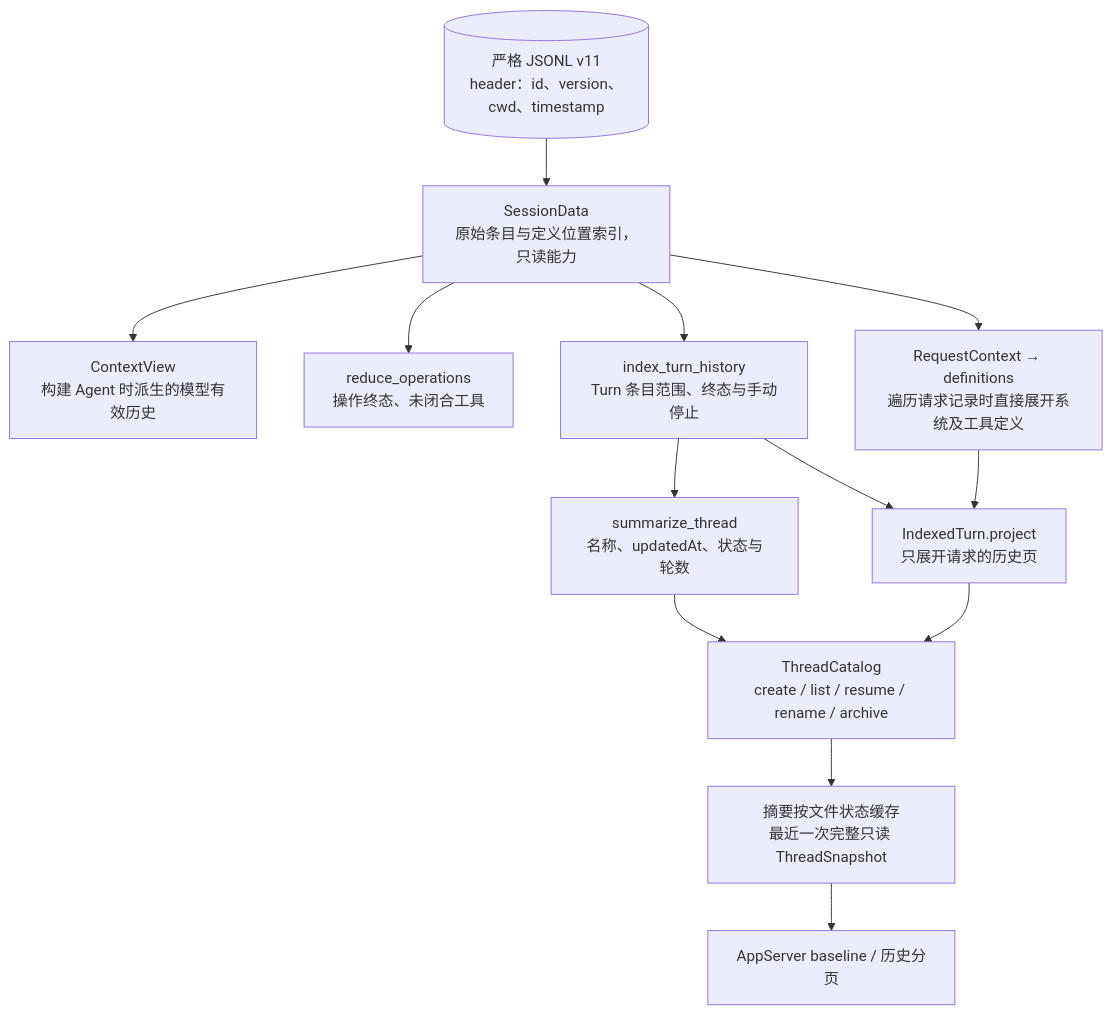
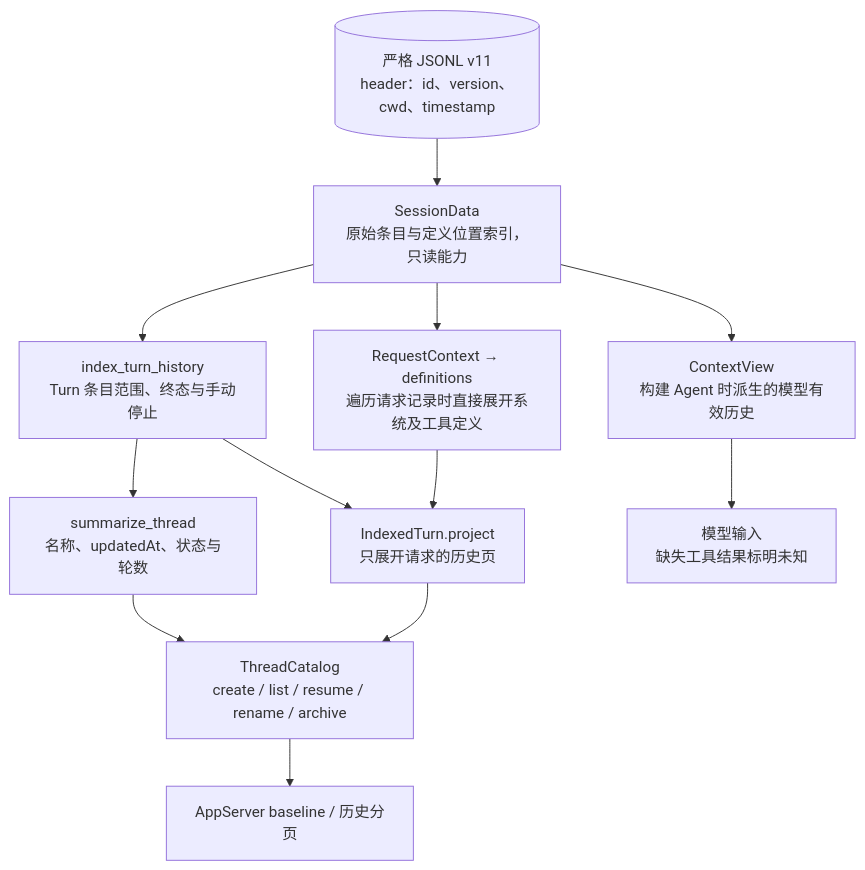
Diagram 27 of 29 in docs/architecture.md (qjcnmd/singularity-agent), drawn with Mermaid before and after one commit. The commit also changed other lines of this file and 132 other files, not shown here.

````diff
--- a/docs/architecture.md
+++ b/docs/architecture.md
@@ -759,16 +761,15 @@
 ```mermaid
 flowchart TB
     JSONL[("严格 JSONL v11<br/>header：id、version、cwd、timestamp")]
     JSONL --> Data["SessionData<br/>原始条目与定义位置索引，只读能力"]
     Data --> Context["ContextView<br/>构建 Agent 时派生的模型有效历史"]
-    Data --> Operations["reduce_operations<br/>操作终态、未闭合工具"]
     Data --> Turns["index_turn_history<br/>Turn 条目范围、终态与手动停止"]
     Turns --> Summary["summarize_thread<br/>名称、updatedAt、状态与轮数"]
     Turns --> Page["IndexedTurn.project<br/>只展开请求的历史页"]
     Data --> Requests["RequestContext → definitions<br/>遍历请求记录时直接展开系统及工具定义"]
     Summary --> Catalog["ThreadCatalog<br/>create / list / resume / rename / archive"]
     Page --> Catalog
     Requests --> Page
-    Catalog --> Cache["摘要按文件状态缓存<br/>最近一次完整只读 ThreadSnapshot"]
-    Cache --> WB["AppServer baseline / 历史分页"]
+    Catalog --> WB["AppServer baseline / 历史分页"]
+    Context --> Model["模型输入<br/>缺失工具结果标明未知"]
 ```
````
